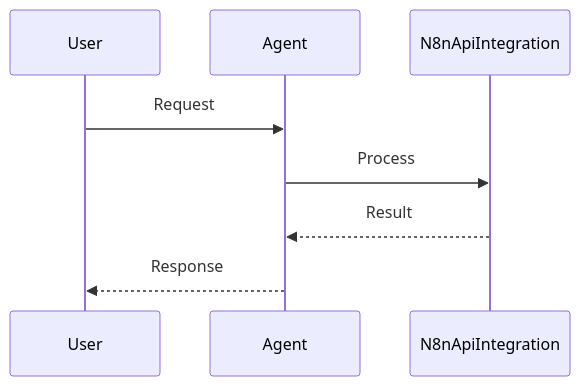
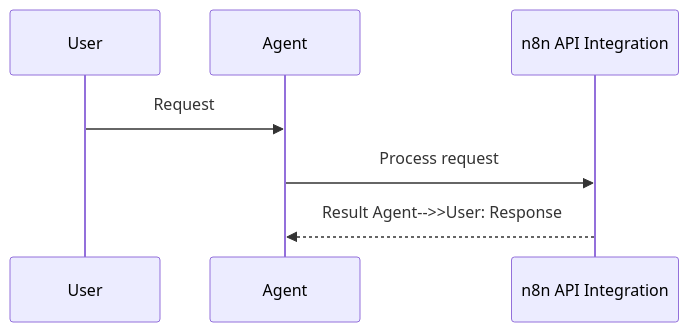
The second of 2 diagrams in docs/features/n8n-api.mdx (MervinPraison/PraisonAIDocs), drawn with Mermaid before and after one commit. The commit also changed 204 other files, not shown here.

First line of the commit message:
docs: align feature/tool pages with AGENTS.md hero + sequence + import standards (fixes #1775)

````diff
--- a/docs/features/n8n-api.mdx
+++ b/docs/features/n8n-api.mdx
@@ -42,11 +42,10 @@
 ```mermaid
 sequenceDiagram
     participant User
     participant Agent
-    participant N8nApiIntegration
+    participant Feature as n8n API Integration
 
     User->>Agent: Request
-    Agent->>N8nApiIntegration: Process
-    N8nApiIntegration-->>Agent: Result
-    Agent-->>User: Response
+    Agent->>Feature: Process request
+    Feature-->>Agent: Result    Agent-->>User: Response
 ```
````
